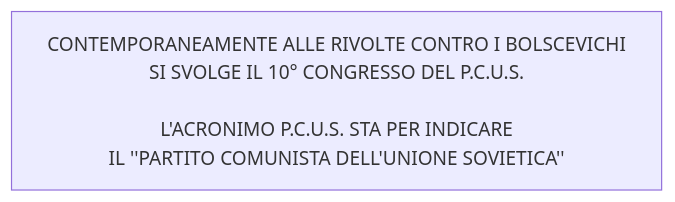
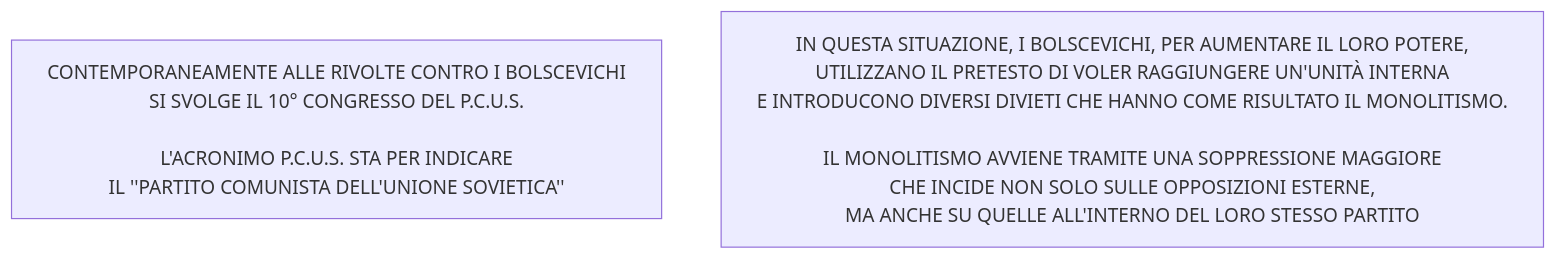
Diagram 16 of 16 in stalinismoRiscrittura.md (Laaouatni/ricerca-storia-MermaidJS), drawn with Mermaid before and after one commit.

````diff
--- a/stalinismoRiscrittura.md
+++ b/stalinismoRiscrittura.md
@@ -322,5 +322,6 @@
 ```mermaid
 %%{init: { "flowchart": { "wrappingWidth": 800 } }}%%
 flowchart TB
   0[CONTEMPORANEAMENTE ALLE RIVOLTE CONTRO I BOLSCEVICHI <BR>SI SVOLGE IL 10° CONGRESSO DEL P.C.U.S. <BR><BR>L'ACRONIMO P.C.U.S. STA PER INDICARE <BR>IL ''PARTITO COMUNISTA DELL'UNIONE SOVIETICA'']
+  1[IN QUESTA SITUAZIONE, I BOLSCEVICHI, PER AUMENTARE IL LORO POTERE, <br>UTILIZZANO IL PRETESTO DI VOLER RAGGIUNGERE UN'UNITÀ INTERNA <br>E INTRODUCONO DIVERSI DIVIETI CHE HANNO COME RISULTATO IL MONOLITISMO. <br><br>IL MONOLITISMO AVVIENE TRAMITE UNA SOPPRESSIONE MAGGIORE <br>CHE INCIDE NON SOLO SULLE OPPOSIZIONI ESTERNE, <br>MA ANCHE SU QUELLE ALL'INTERNO DEL LORO STESSO PARTITO]
 ```
````
